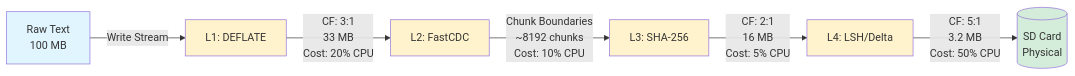
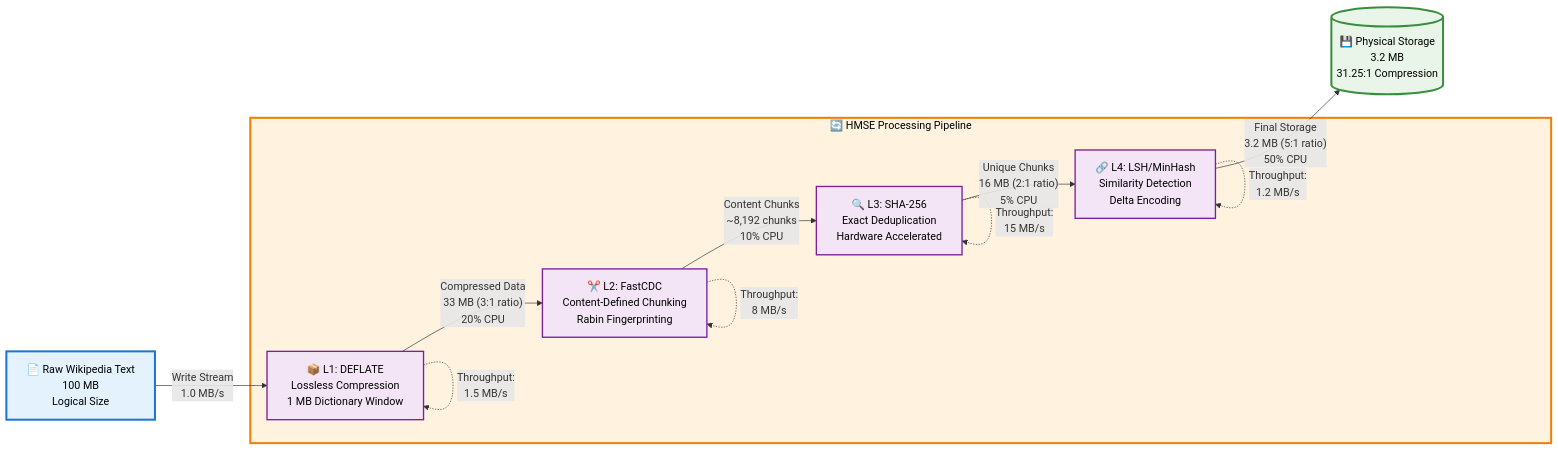
One commit to 1Jamie/HMSE changed the second of 5 diagrams in README.md. Above: the diagram before and after it, drawn with Mermaid. The commit also changed other lines of this file and 1 other file, not shown here.

````diff
--- a/README.md
+++ b/README.md
@@ -116,15 +191,40 @@
 ```mermaid
 flowchart LR
-    A[Raw Text<br/>100 MB] -->|"Write Stream"| B[L1: DEFLATE]
-    B -->|"CF: 3:1<br/>33 MB<br/>Cost: 20% CPU"| C[L2: FastCDC]
-    C -->|"Chunk Boundaries<br/>~8192 chunks<br/>Cost: 10% CPU"| D[L3: SHA-256]
-    D -->|"CF: 2:1<br/>16 MB<br/>Cost: 5% CPU"| E[L4: LSH/Delta]
-    E -->|"CF: 5:1<br/>3.2 MB<br/>Cost: 50% CPU"| F[(SD Card<br/>Physical)]
+    %% Input Stage
+    A["📄 Raw Wikipedia Text<br/>100 MB<br/>Logical Size"]
     
-    style A fill:#e1f5ff
-    style F fill:#d4edda
-    style B fill:#fff3cd
-    style C fill:#fff3cd
-    style D fill:#fff3cd
-    style E fill:#fff3cd
+    %% Processing Pipeline
+    subgraph Pipeline["🔄 HMSE Processing Pipeline"]
+        B["📦 L1: DEFLATE<br/>Lossless Compression<br/>1 MB Dictionary Window"]
+        C["✂️ L2: FastCDC<br/>Content-Defined Chunking<br/>Rabin Fingerprinting"]
+        D["🔍 L3: SHA-256<br/>Exact Deduplication<br/>Hardware Accelerated"]
+        E["🔗 L4: LSH/MinHash<br/>Similarity Detection<br/>Delta Encoding"]
+    end
+    
+    %% Output Stage
+    F[("💾 Physical Storage<br/>3.2 MB<br/>31.25:1 Compression")]
+    
+    %% Main Flow
+    A -->|"Write Stream<br/>1.0 MB/s"| B
+    B -->|"Compressed Data<br/>33 MB (3:1 ratio)<br/>20% CPU"| C
+    C -->|"Content Chunks<br/>~8,192 chunks<br/>10% CPU"| D
+    D -->|"Unique Chunks<br/>16 MB (2:1 ratio)<br/>5% CPU"| E
+    E -->|"Final Storage<br/>3.2 MB (5:1 ratio)<br/>50% CPU"| F
+    
+    %% Performance Annotations
+    B -.->|"Throughput:<br/>1.5 MB/s"| B
+    C -.->|"Throughput:<br/>8 MB/s"| C
+    D -.->|"Throughput:<br/>15 MB/s"| D
+    E -.->|"Throughput:<br/>1.2 MB/s"| E
+    
+    %% Styling
+    classDef inputBox fill:#e3f2fd,stroke:#1976d2,stroke-width:3px,color:#000
+    classDef layerBox fill:#f3e5f5,stroke:#7b1fa2,stroke-width:2px,color:#000
+    classDef outputBox fill:#e8f5e8,stroke:#388e3c,stroke-width:3px,color:#000
+    classDef pipelineBox fill:#fff3e0,stroke:#f57c00,stroke-width:3px,color:#000
+    
+    class A inputBox
+    class B,C,D,E layerBox
+    class F outputBox
+    class Pipeline pipelineBox
 ```
````
